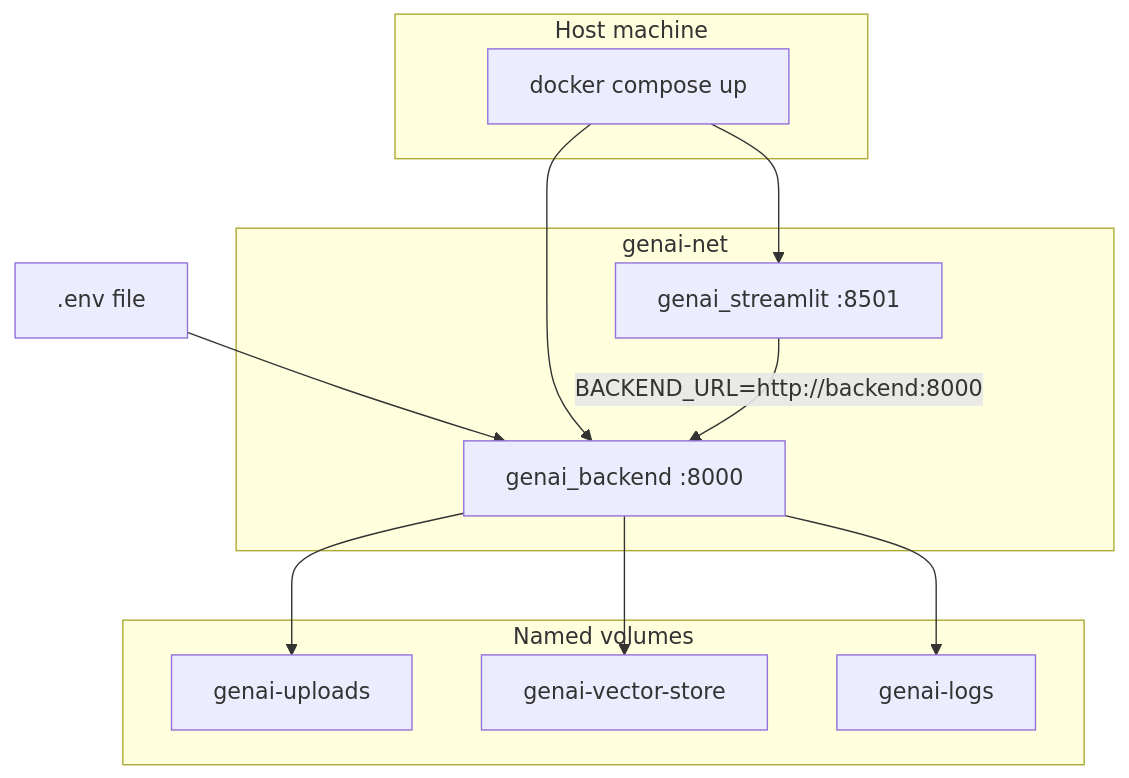
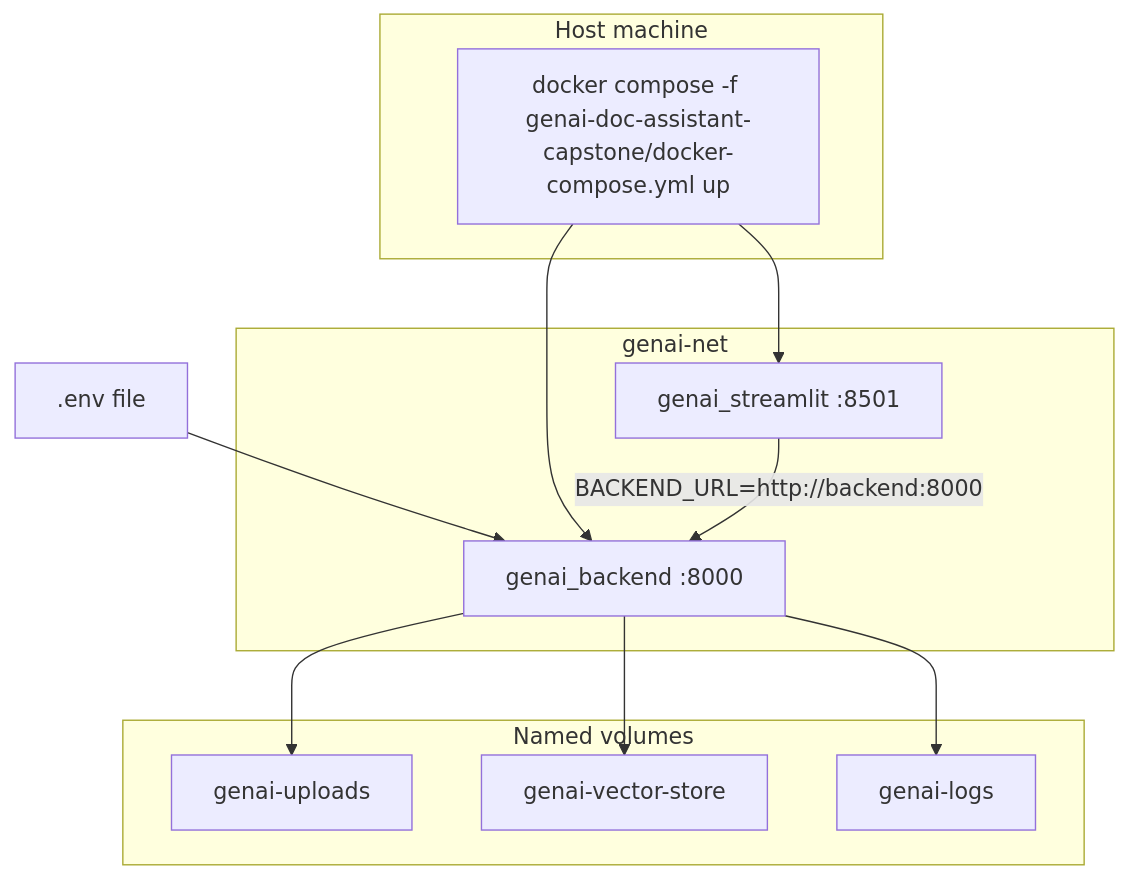
The tenth of 11 diagrams in genai-doc-assistant-capstone/docs/ARCHITECTURE_DIAGRAM.md (ankit-devwork/the-learning-curve-labs), drawn with Mermaid before and after one commit. The commit also changed 5 other files, not shown here.

First line of the commit message:
Move Docker Compose files into genai-doc-assistant-capstone

````diff
--- a/genai-doc-assistant-capstone/docs/ARCHITECTURE_DIAGRAM.md
+++ b/genai-doc-assistant-capstone/docs/ARCHITECTURE_DIAGRAM.md
@@ -321,25 +321,25 @@
 ```mermaid
 flowchart TB
     subgraph Host["Host machine"]
-        DC["docker compose up"]
+        DC["docker compose -f genai-doc-assistant-capstone/docker-compose.yml up"]
     end
 
     subgraph Network["genai-net"]
         BE["genai_backend :8000"]
         ST["genai_streamlit :8501"]
     end
 
     subgraph Volumes["Named volumes"]
         V1["genai-uploads"]
         V2["genai-vector-store"]
         V3["genai-logs"]
     end
 
     ENV[".env file"] --> BE
     DC --> BE
     DC --> ST
     ST -->|"BACKEND_URL=http://backend:8000"| BE
     BE --> V1
     BE --> V2
     BE --> V3
 ```
````
